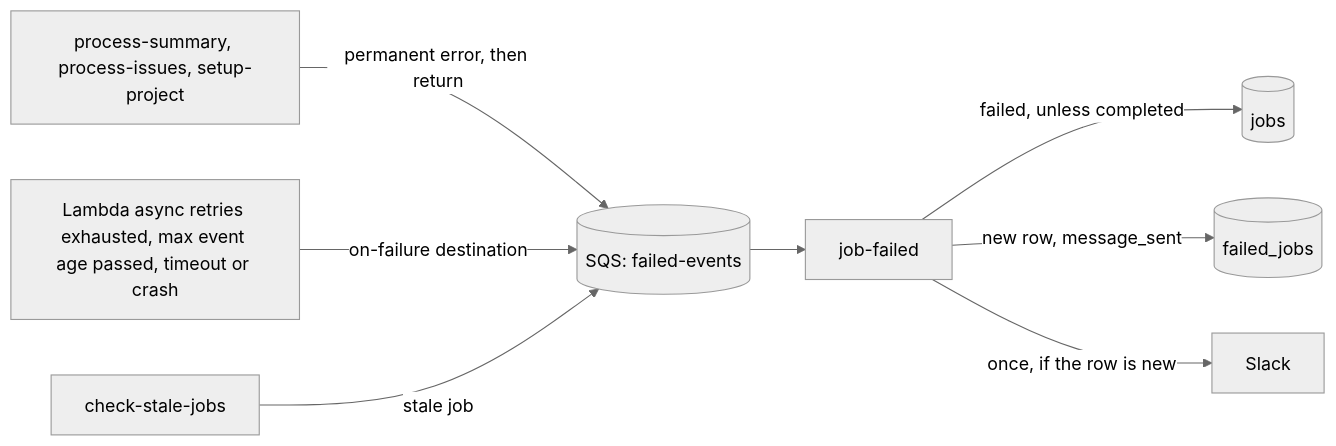
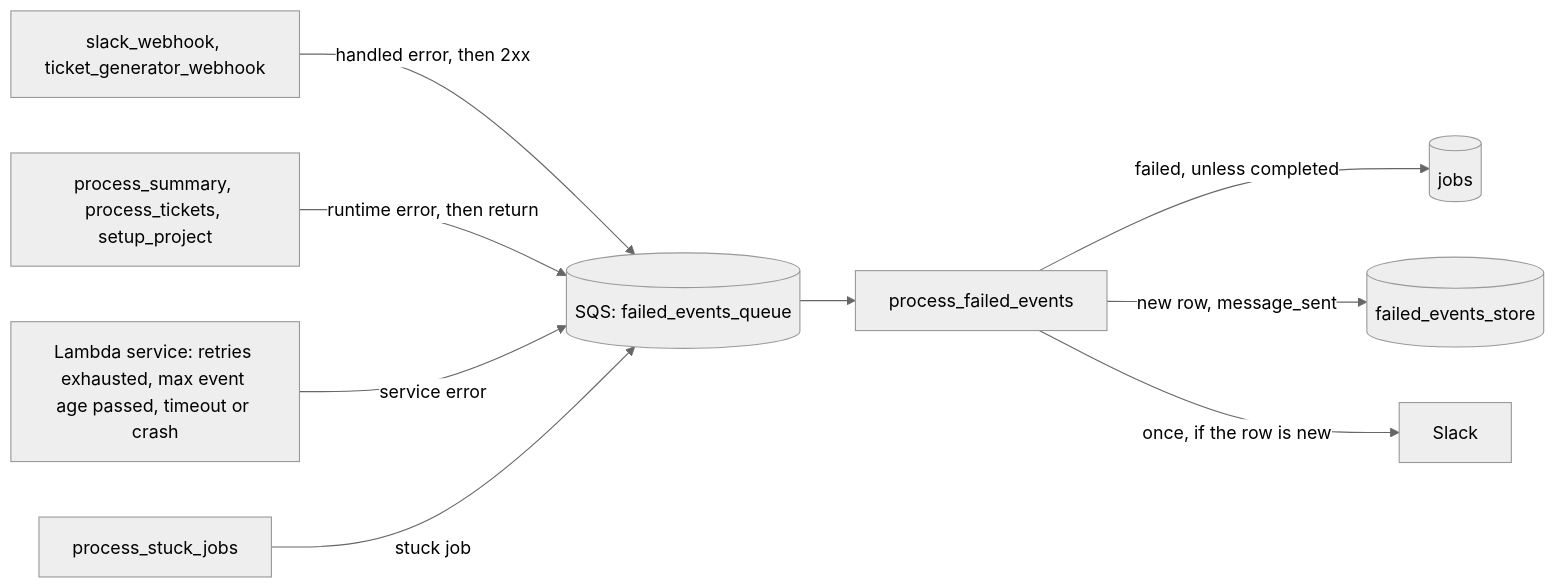
The fourth of 4 diagrams in architecture.md (RoryDaly1998/Huddle-Ticket-Automation), drawn with Mermaid (neutral theme) before and after one commit. The commit also changed other lines of this file and 7 other files, not shown here.

Commit message:
added schema architecture diagram and README, updated project docs and skill file

````diff
--- a/architecture.md
+++ b/architecture.md
@@ -219,10 +220,11 @@
 ```mermaid
 flowchart LR
-  W["process-summary, process-issues, setup-project"] -->|permanent error, then return| Q[("SQS: failed-events")]
-  L["Lambda async retries exhausted, max event age passed, timeout or crash"] -->|on-failure destination| Q
-  C[check-stale-jobs] -->|stale job| Q
-  Q --> F[job-failed]
+  E["slack_webhook, ticket_generator_webhook"] -->|handled error, then 2xx| Q[("SQS: failed_events_queue")]
+  W["process_summary, process_tickets, setup_project"] -->|runtime error, then return| Q
+  L["Lambda service: retries exhausted, max event age passed, timeout or crash"] -->|service error| Q
+  C[process_stuck_jobs] -->|stuck job| Q
+  Q --> F[process_failed_events]
   F -->|failed, unless completed| J[("jobs")]
-  F -->|new row, message_sent| FJ[("failed_jobs")]
+  F -->|new row, message_sent| FS[("failed_events_store")]
   F -->|once, if the row is new| S[Slack]
 ```
````
